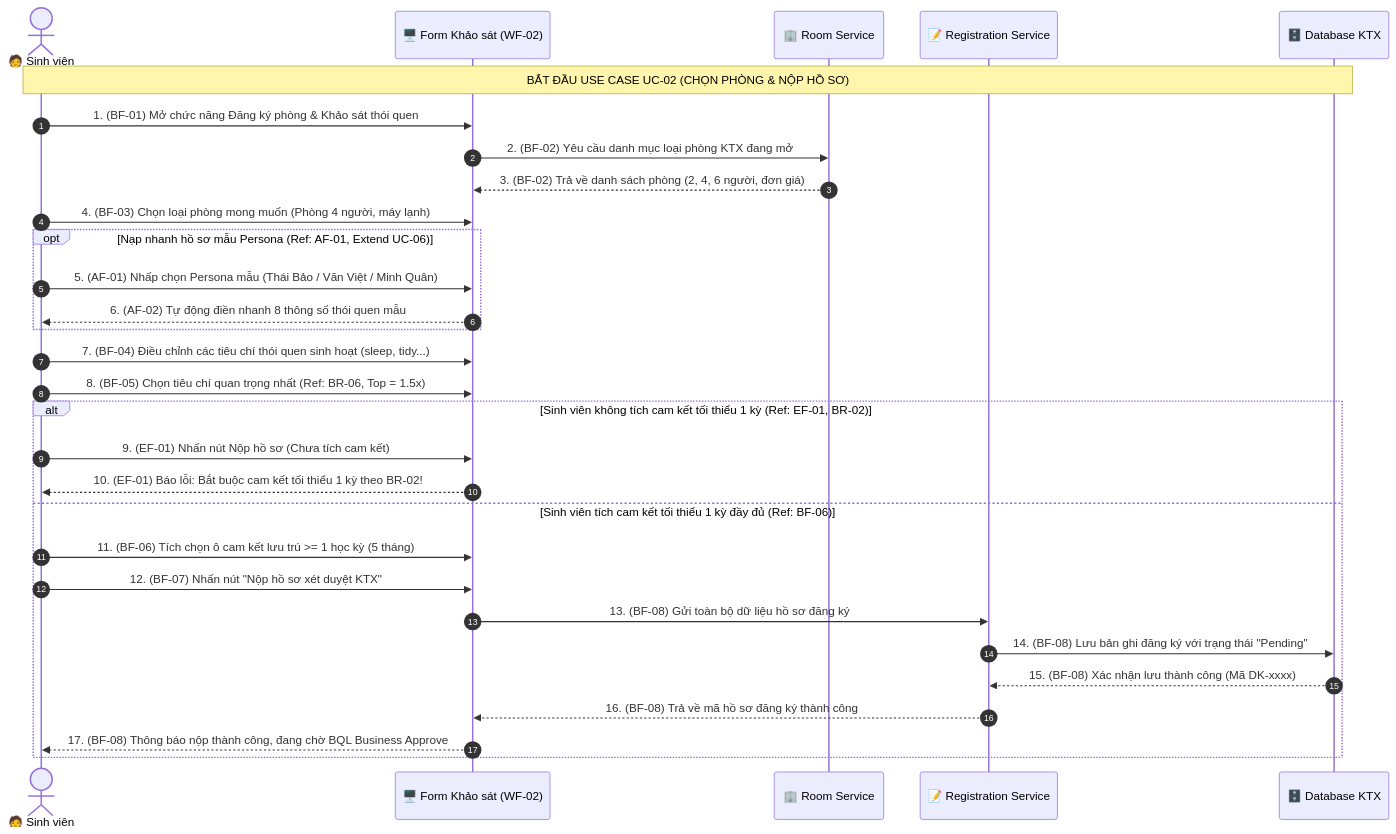
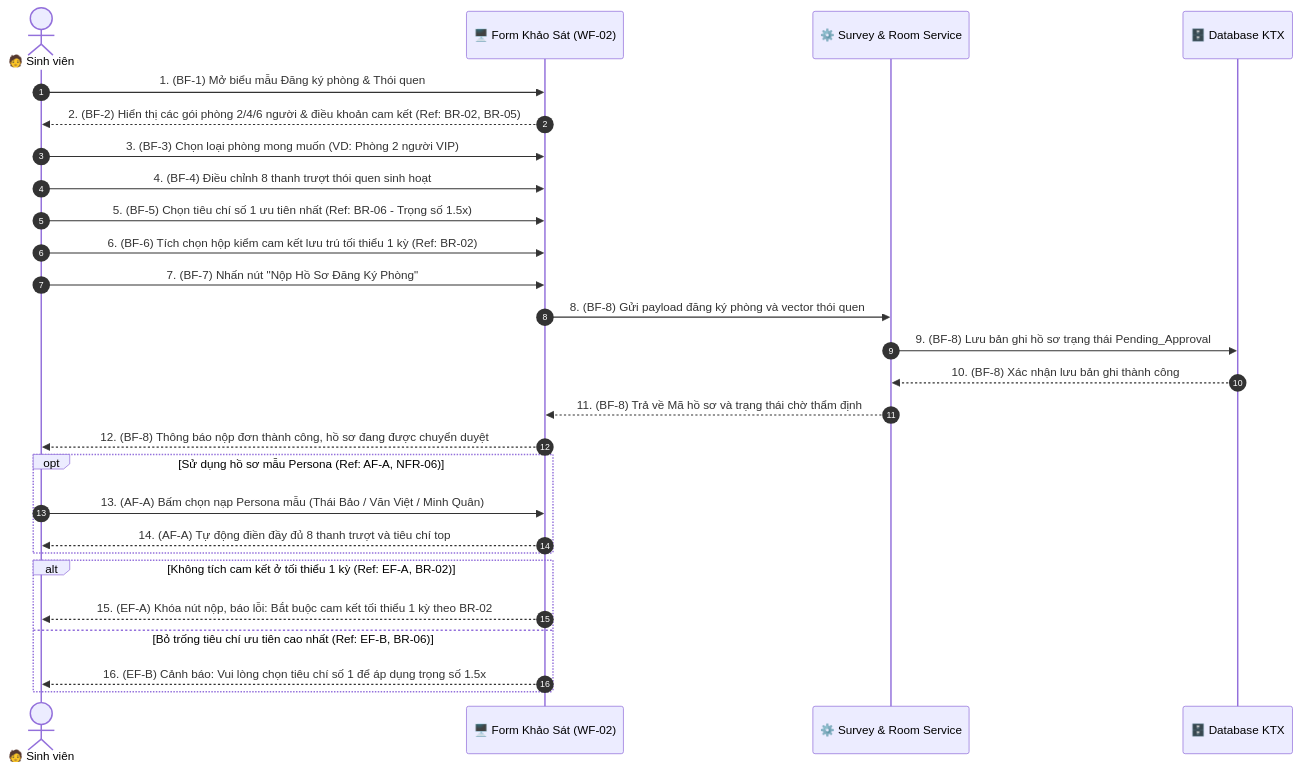
The second of 6 diagrams in docs/dac_ta_usecase_va_sequence.md (kiet00394-collab/system-), drawn with Mermaid before and after one commit. The commit also changed other lines of this file and 10 other files, not shown here.

First line of the commit message:
feat(docs-ui): integrate KTX_Smart_Match_UseCase.drawio and align specs with teacher slide standards

````diff
--- a/docs/dac_ta_usecase_va_sequence.md
+++ b/docs/dac_ta_usecase_va_sequence.md
@@ -152,37 +185,33 @@
 ```mermaid
 sequenceDiagram
     autonumber
     actor SV as 🧑 Sinh viên
-    participant UI as 🖥️ Form Khảo sát (WF-02)
-    participant RoomMgr as 🏢 Room Service
-    participant RegService as 📝 Registration Service
+    participant UI as 🖥️ Form Khảo Sát (WF-02)
+    participant Survey as ⚙️ Survey & Room Service
     participant DB as 🗄️ Database KTX
 
-    Note over SV, DB: BẮT ĐẦU USE CASE UC-02 (CHỌN PHÒNG & NỘP HỒ SƠ)
-    SV->>UI: 1. (BF-01) Mở chức năng Đăng ký phòng & Khảo sát thói quen
-    UI->>RoomMgr: 2. (BF-02) Yêu cầu danh mục loại phòng KTX đang mở
-    RoomMgr-->>UI: 3. (BF-02) Trả về danh sách phòng (2, 4, 6 người, đơn giá)
+    SV->>UI: 1. (BF-1) Mở biểu mẫu Đăng ký phòng & Thói quen
+    UI-->>SV: 2. (BF-2) Hiển thị các gói phòng 2/4/6 người & điều khoản cam kết (Ref: BR-02, BR-05)
+    SV->>UI: 3. (BF-3) Chọn loại phòng mong muốn (VD: Phòng 2 người VIP)
+    SV->>UI: 4. (BF-4) Điều chỉnh 8 thanh trượt thói quen sinh hoạt
+    SV->>UI: 5. (BF-5) Chọn tiêu chí số 1 ưu tiên nhất (Ref: BR-06 - Trọng số 1.5x)
+    SV->>UI: 6. (BF-6) Tích chọn hộp kiểm cam kết lưu trú tối thiểu 1 kỳ (Ref: BR-02)
+    SV->>UI: 7. (BF-7) Nhấn nút "Nộp Hồ Sơ Đăng Ký Phòng"
     
-    SV->>UI: 4. (BF-03) Chọn loại phòng mong muốn (Phòng 4 người, máy lạnh)
-    
-    opt Nạp nhanh hồ sơ mẫu Persona (Ref: AF-01, Extend UC-06)
-        SV->>UI: 5. (AF-01) Nhấp chọn Persona mẫu (Thái Bảo / Văn Việt / Minh Quân)
-        UI-->>SV: 6. (AF-02) Tự động điền nhanh 8 thông số thói quen mẫu
+    UI->>Survey: 8. (BF-8) Gửi payload đăng ký phòng và vector thói quen
+    Survey->>DB: 9. (BF-8) Lưu bản ghi hồ sơ trạng thái Pending_Approval
+    DB-->>Survey: 10. (BF-8) Xác nhận lưu bản ghi thành công
+    Survey-->>UI: 11. (BF-8) Trả về Mã hồ sơ và trạng thái chờ thẩm định
+    UI-->>SV: 12. (BF-8) Thông báo nộp đơn thành công, hồ sơ đang được chuyển duyệt
+
+    opt Sử dụng hồ sơ mẫu Persona (Ref: AF-A, NFR-06)
+        SV->>UI: 13. (AF-A) Bấm chọn nạp Persona mẫu (Thái Bảo / Văn Việt / Minh Quân)
+        UI-->>SV: 14. (AF-A) Tự động điền đầy đủ 8 thanh trượt và tiêu chí top
     end
 
-    SV->>UI: 7. (BF-04) Điều chỉnh các tiêu chí thói quen sinh hoạt (sleep, tidy...)
-    SV->>UI: 8. (BF-05) Chọn tiêu chí quan trọng nhất (Ref: BR-06, Top = 1.5x)
-    
-    alt Sinh viên không tích cam kết tối thiểu 1 kỳ (Ref: EF-01, BR-02)
-        SV->>UI: 9. (EF-01) Nhấn nút Nộp hồ sơ (Chưa tích cam kết)
-        UI-->>SV: 10. (EF-01) Báo lỗi: Bắt buộc cam kết tối thiểu 1 kỳ theo BR-02!
-    else Sinh viên tích cam kết tối thiểu 1 kỳ đầy đủ (Ref: BF-06)
-        SV->>UI: 11. (BF-06) Tích chọn ô cam kết lưu trú >= 1 học kỳ (5 tháng)
-        SV->>UI: 12. (BF-07) Nhấn nút "Nộp hồ sơ xét duyệt KTX"
-        UI->>RegService: 13. (BF-08) Gửi toàn bộ dữ liệu hồ sơ đăng ký
-        RegService->>DB: 14. (BF-08) Lưu bản ghi đăng ký với trạng thái "Pending"
-        DB-->>RegService: 15. (BF-08) Xác nhận lưu thành công (Mã DK-xxxx)
-        RegService-->>UI: 16. (BF-08) Trả về mã hồ sơ đăng ký thành công
-        UI-->>SV: 17. (BF-08) Thông báo nộp thành công, đang chờ BQL Business Approve
+    alt Không tích cam kết ở tối thiểu 1 kỳ (Ref: EF-A, BR-02)
+        UI-->>SV: 15. (EF-A) Khóa nút nộp, báo lỗi: Bắt buộc cam kết tối thiểu 1 kỳ theo BR-02
+    else Bỏ trống tiêu chí ưu tiên cao nhất (Ref: EF-B, BR-06)
+        UI-->>SV: 16. (EF-B) Cảnh báo: Vui lòng chọn tiêu chí số 1 để áp dụng trọng số 1.5x
     end
 ```
````
